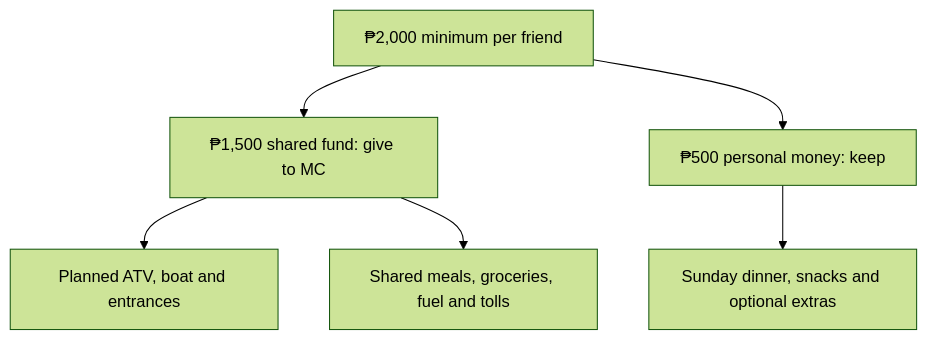
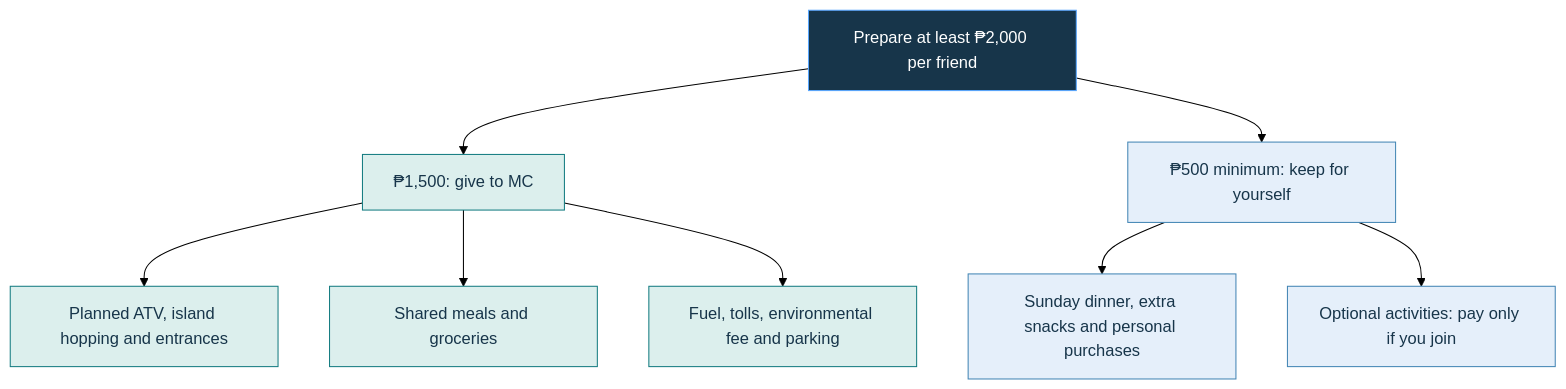
The diagram in assets/budget.mmd (itsmcliam/Birthday-Plan), drawn with Mermaid (forest theme) before and after one commit.

Commit message:
Make friend budget flow explicit about environmental and parking fees

```diff
--- a/assets/budget.mmd
+++ b/assets/budget.mmd
@@ -1,6 +1,15 @@
 flowchart TD
-    A["₱2,000 minimum per friend"] --> B["₱1,500 shared fund: give to MC"]
-    A --> C["₱500 personal money: keep"]
-    B --> D["Planned ATV, boat and entrances"]
-    B --> E["Shared meals, groceries, fuel and tolls"]
-    C --> F["Sunday dinner, snacks and optional extras"]
+    A["Prepare at least ₱2,000 per friend"]
+    A --> B["₱1,500: give to MC"]
+    A --> C["₱500 minimum: keep for yourself"]
+    B --> D["Planned ATV, island hopping and entrances"]
+    B --> E["Shared meals and groceries"]
+    B --> F["Fuel, tolls, environmental fee and parking"]
+    C --> G["Sunday dinner, extra snacks and personal purchases"]
+    C --> H["Optional activities: pay only if you join"]
+    classDef total fill:#17354a,color:#ffffff,stroke:#58a6ff
+    classDef shared fill:#dcefed,color:#17354a,stroke:#137b80
+    classDef personal fill:#e5effa,color:#17354a,stroke:#4285b4
+    class A total
+    class B,D,E,F shared
+    class C,G,H personal
```
